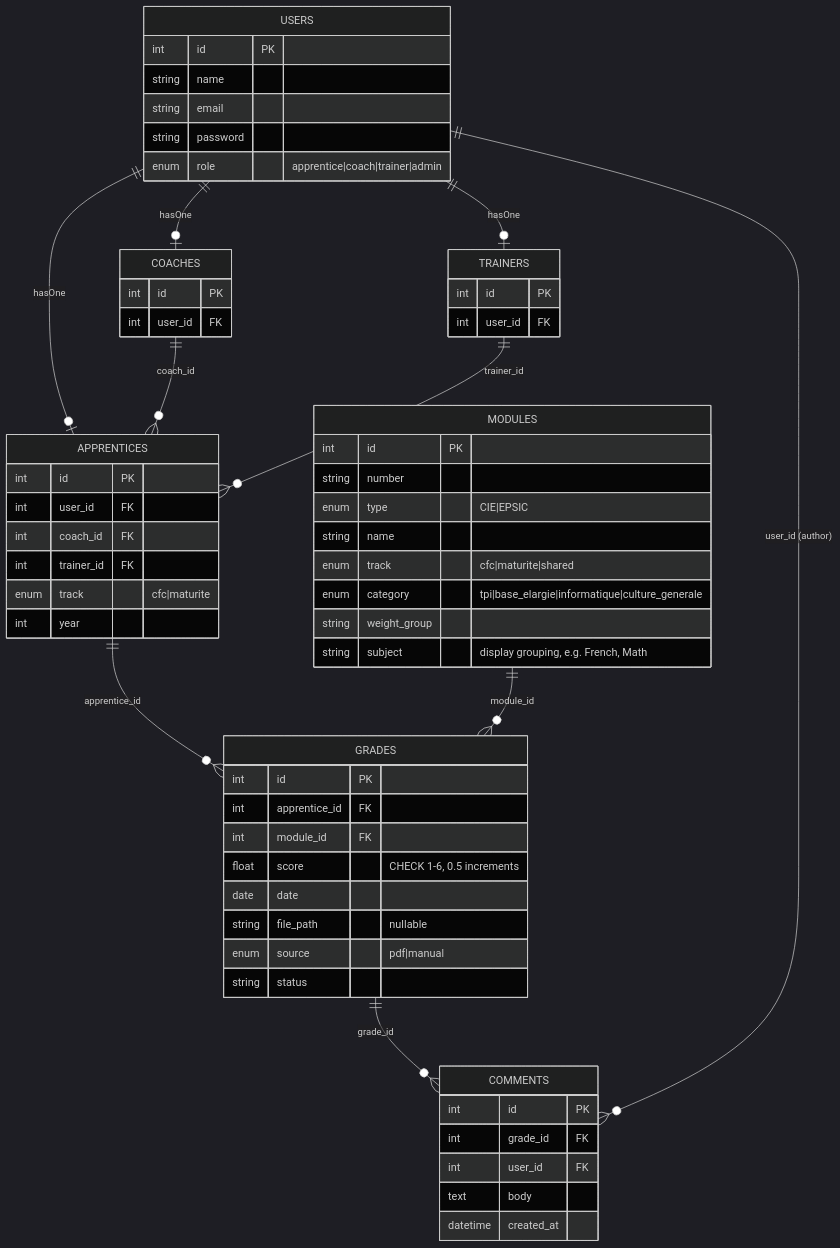
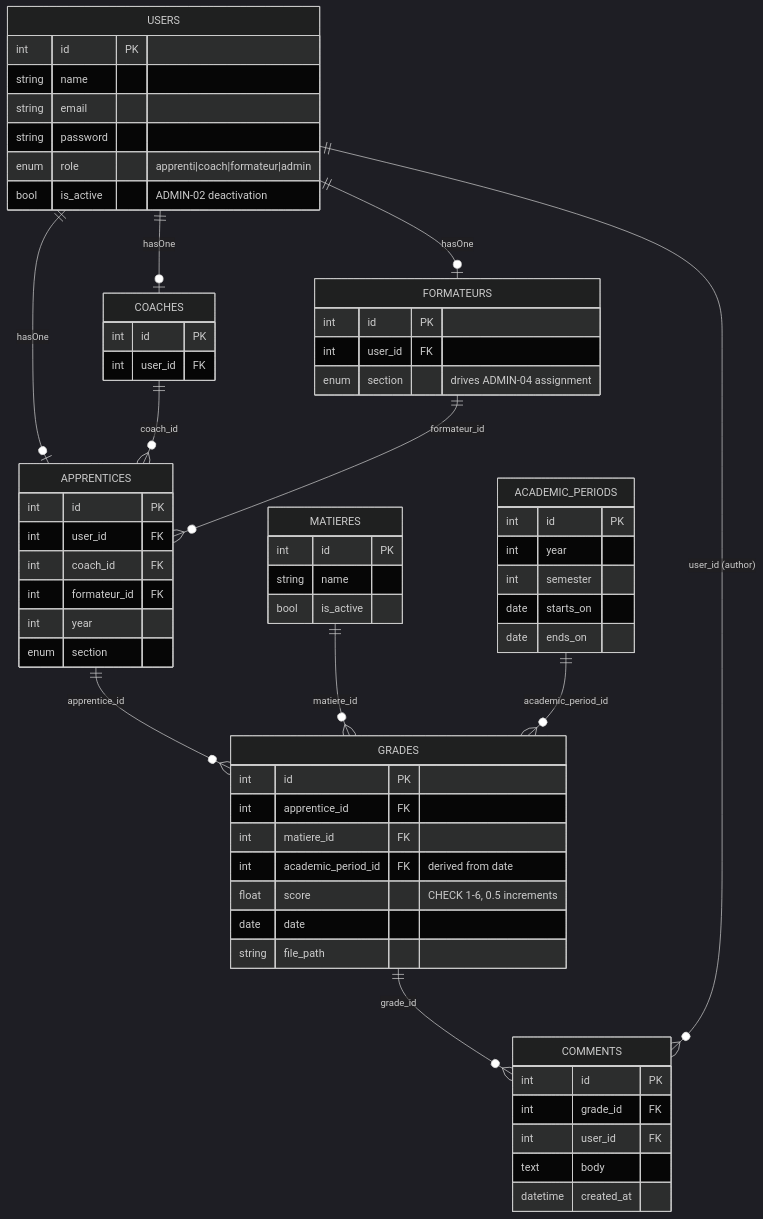
One commit to jobtrek/apprentice-cursus changed the diagram in docs/plan-d/spec.md. Above: the diagram before and after it, drawn with Mermaid (dark theme). The commit also changed other lines of this file and 5 other files, not shown here.

````diff
--- a/docs/plan-d/spec.md
+++ b/docs/plan-d/spec.md
@@ -55,63 +63,67 @@
 ```mermaid
 erDiagram
     USERS ||--o| APPRENTICES : "hasOne"
     USERS ||--o| COACHES : "hasOne"
-    USERS ||--o| TRAINERS : "hasOne"
+    USERS ||--o| FORMATEURS : "hasOne"
     COACHES ||--o{ APPRENTICES : "coach_id"
-    TRAINERS ||--o{ APPRENTICES : "trainer_id"
+    FORMATEURS ||--o{ APPRENTICES : "formateur_id"
     APPRENTICES ||--o{ GRADES : "apprentice_id"
-    MODULES ||--o{ GRADES : "module_id"
+    MATIERES ||--o{ GRADES : "matiere_id"
+    ACADEMIC_PERIODS ||--o{ GRADES : "academic_period_id"
     GRADES ||--o{ COMMENTS : "grade_id"
     USERS ||--o{ COMMENTS : "user_id (author)"
 
     USERS {
         int id PK
         string name
         string email
         string password
-        enum role "apprentice|coach|trainer|admin"
+        enum role "apprenti|coach|formateur|admin"
+        bool is_active "ADMIN-02 deactivation"
     }
     APPRENTICES {
         int id PK
         int user_id FK
         int coach_id FK
-        int trainer_id FK
-        enum track "cfc|maturite"
+        int formateur_id FK
         int year
+        enum section
     }
     COACHES {
         int id PK
         int user_id FK
     }
-    TRAINERS {
+    FORMATEURS {
         int id PK
         int user_id FK
+        enum section "drives ADMIN-04 assignment"
     }
-    MODULES {
+    MATIERES {
         int id PK
-        string number
-        enum type "CIE|EPSIC"
         string name
-        enum track "cfc|maturite|shared"
-        enum category "tpi|base_elargie|informatique|culture_generale"
-        string weight_group
-        string subject "display grouping, e.g. French, Math"
+        bool is_active
+    }
+    ACADEMIC_PERIODS {
+        int id PK
+        int year
+        int semester
+        date starts_on
+        date ends_on
     }
     GRADES {
         int id PK
         int apprentice_id FK
-        int module_id FK
+        int matiere_id FK
+        int academic_period_id FK "derived from date"
         float score "CHECK 1-6, 0.5 increments"
         date date
-        string file_path "nullable"
-        enum source "pdf|manual"
-        string status
+        string file_path
     }
     COMMENTS {
         int id PK
         int grade_id FK
         int user_id FK
         text body
         datetime created_at
     }
 ```
````
